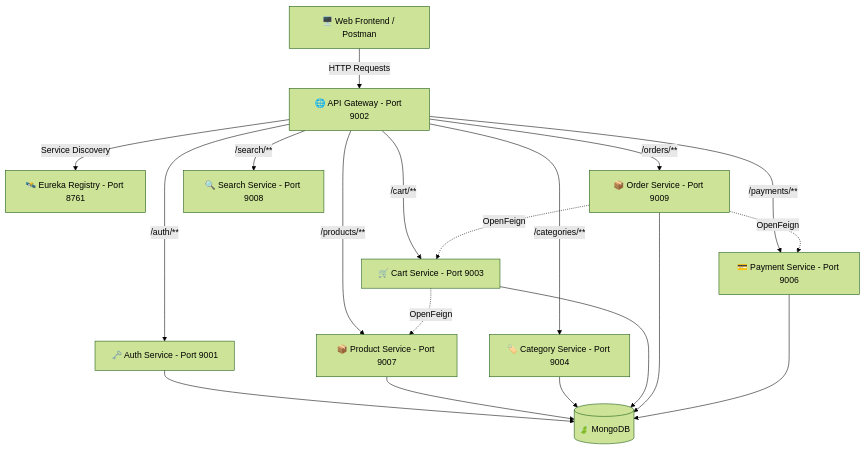
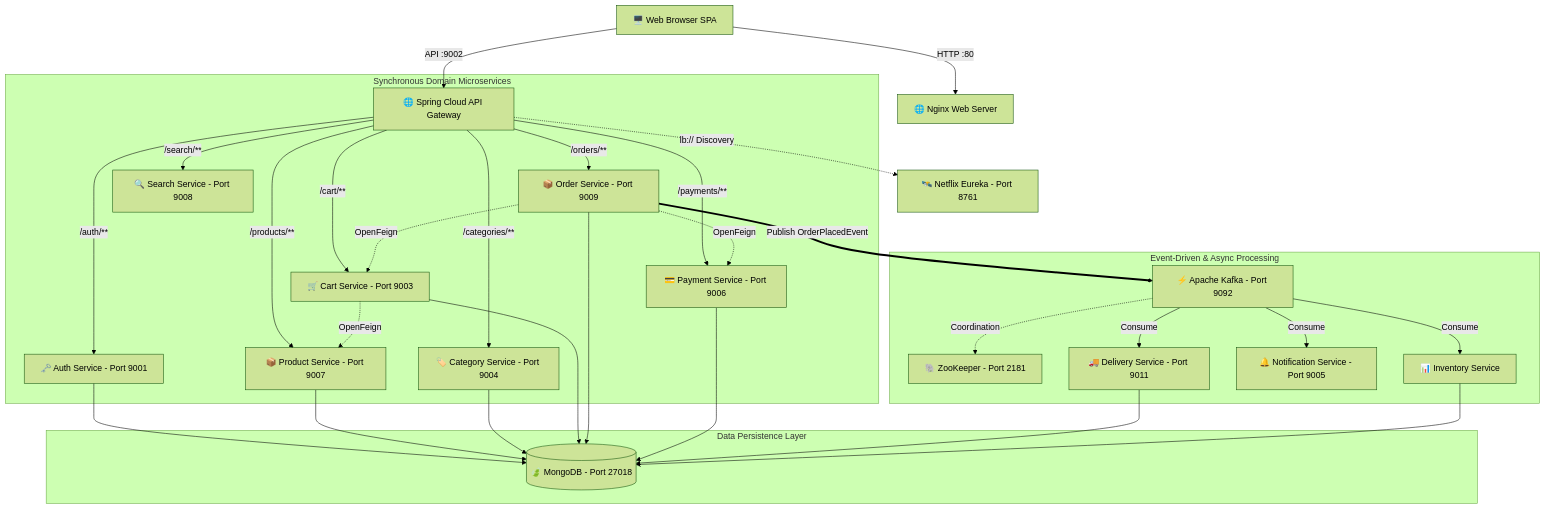
One commit to joyson-git/Ecommer-Spring-boot-backend changed the diagram in README.md. Above: the diagram before and after it, drawn with Mermaid (forest theme). The commit also changed other lines of this file and 203 other files, not shown here.

Commit message:
Add Archify architecture diagrams, delivery service, and rename platform to Mach

````diff
--- a/README.md
+++ b/README.md
@@ -9,24 +25,39 @@
 ```mermaid
 graph TD
-    Client[🖥️ Web Frontend / Postman] -->|HTTP Requests| Gateway[🌐 API Gateway - Port 9002]
-    Gateway -->|Service Discovery| Eureka[🛰️ Eureka Registry - Port 8761]
+    Client[🖥️ Web Browser SPA] -->|HTTP :80| Nginx[🌐 Nginx Web Server]
+    Client -->|API :9002| Gateway[🌐 Spring Cloud API Gateway]
+    Gateway -.->|lb:// Discovery| Eureka[🛰️ Netflix Eureka - Port 8761]
 
-    Gateway -->|/auth/**| Auth[🗝️ Auth Service - Port 9001]
-    Gateway -->|/products/**| Product[📦 Product Service - Port 9007]
-    Gateway -->|/categories/**| Category[🏷️ Category Service - Port 9004]
-    Gateway -->|/cart/**| Cart[🛒 Cart Service - Port 9003]
-    Gateway -->|/orders/**| Order[📦 Order Service - Port 9009]
-    Gateway -->|/payments/**| Payment[💳 Payment Service - Port 9006]
-    Gateway -->|/search/**| Search[🔍 Search Service - Port 9008]
+    subgraph "Synchronous Domain Microservices"
+        Gateway -->|/auth/**| Auth[🗝️ Auth Service - Port 9001]
+        Gateway -->|/products/**| Product[📦 Product Service - Port 9007]
+        Gateway -->|/categories/**| Category[🏷️ Category Service - Port 9004]
+        Gateway -->|/cart/**| Cart[🛒 Cart Service - Port 9003]
+        Gateway -->|/orders/**| Order[📦 Order Service - Port 9009]
+        Gateway -->|/payments/**| Payment[💳 Payment Service - Port 9006]
+        Gateway -->|/search/**| Search[🔍 Search Service - Port 9008]
 
-    Auth --> MongoDB[(🍃 MongoDB)]
-    Product --> MongoDB
-    Category --> MongoDB
-    Cart --> MongoDB
-    Order --> MongoDB
-    Payment --> MongoDB
-    
-    Cart -.->|OpenFeign| Product
-    Order -.->|OpenFeign| Cart
-    Order -.->|OpenFeign| Payment
+        Cart -.->|OpenFeign| Product
+        Order -.->|OpenFeign| Cart
+        Order -.->|OpenFeign| Payment
+    end
+
+    subgraph "Event-Driven & Async Processing"
+        Order ==>|Publish OrderPlacedEvent| Kafka[⚡ Apache Kafka - Port 9092]
+        Kafka -.->|Coordination| ZK[🐘 ZooKeeper - Port 2181]
+        Kafka -->|Consume| Delivery[🚚 Delivery Service - Port 9011]
+        Kafka -->|Consume| Notification[🔔 Notification Service - Port 9005]
+        Kafka -->|Consume| Inventory[📊 Inventory Service]
+    end
+
+    subgraph "Data Persistence Layer"
+        Auth --> MongoDB[(🍃 MongoDB - Port 27018)]
+        Product --> MongoDB
+        Category --> MongoDB
+        Cart --> MongoDB
+        Order --> MongoDB
+        Payment --> MongoDB
+        Delivery --> MongoDB
+        Inventory --> MongoDB
+    end
 ```
````
